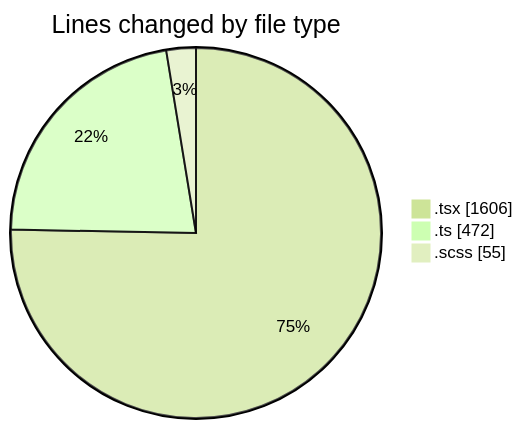
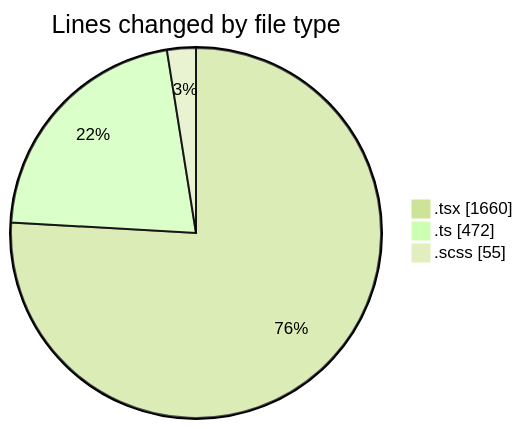
One commit to momahboobian/code-tracking changed the first of 2 diagrams in 2025-10-07/cda/README.md. Above: the diagram before and after it, drawn with Mermaid (forest theme). The commit also changed other lines of this file and 1 other file, not shown here.

````diff
--- a/2025-10-07/cda/README.md
+++ b/2025-10-07/cda/README.md
@@ -28,7 +28,7 @@
 ```mermaid
 pie showData
 title Lines changed by file type
-".tsx" : 1606
+".tsx" : 1660
 ".ts" : 472
 ".scss" : 55
 ```
````
